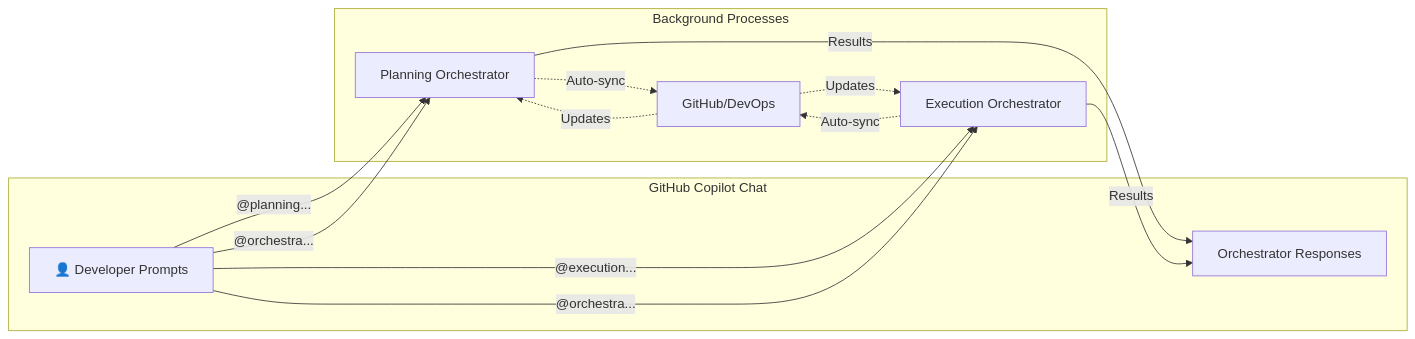
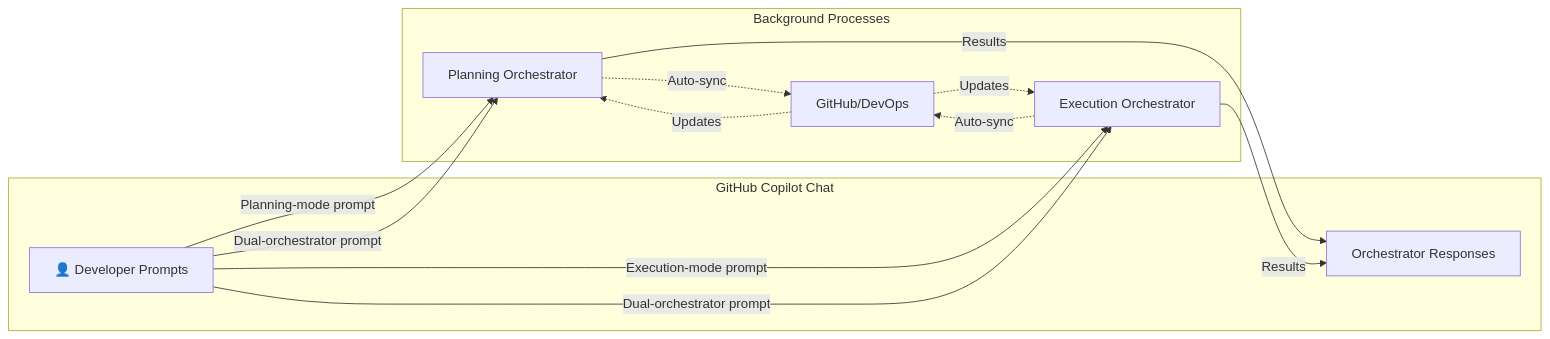
One commit to Sjoerd-Bo3/copilot-orchestra changed the fourth of 4 diagrams in IdeaOutline.md. Above: the diagram before and after it, drawn with Mermaid. The commit also changed other lines of this file and 3 other files, not shown here.

First line of the commit message:
Refactor Execution Orchestrator and Planning Orchestrator documentation and implementation plans

````diff
--- a/IdeaOutline.md
+++ b/IdeaOutline.md
@@ -391,24 +395,24 @@
 ```mermaid
 graph LR
     subgraph "GitHub Copilot Chat"
         D[👤 Developer Prompts]
         R[Orchestrator Responses]
     end
     
     subgraph "Background Processes"
         P[Planning Orchestrator]
         E[Execution Orchestrator]
         G[GitHub/DevOps]
     end
     
-    D -->|"@planning..."| P
-    D -->|"@execution..."| E
-    D -->|"@orchestra..."| P & E
+    D -->|"Planning-mode prompt"| P
+    D -->|"Execution-mode prompt"| E
+    D -->|"Dual-orchestrator prompt"| P & E
     
     P -->|Results| R
     E -->|Results| R
     
     P -.->|Auto-sync| G
     E -.->|Auto-sync| G
     G -.->|Updates| P & E
 ```
````
